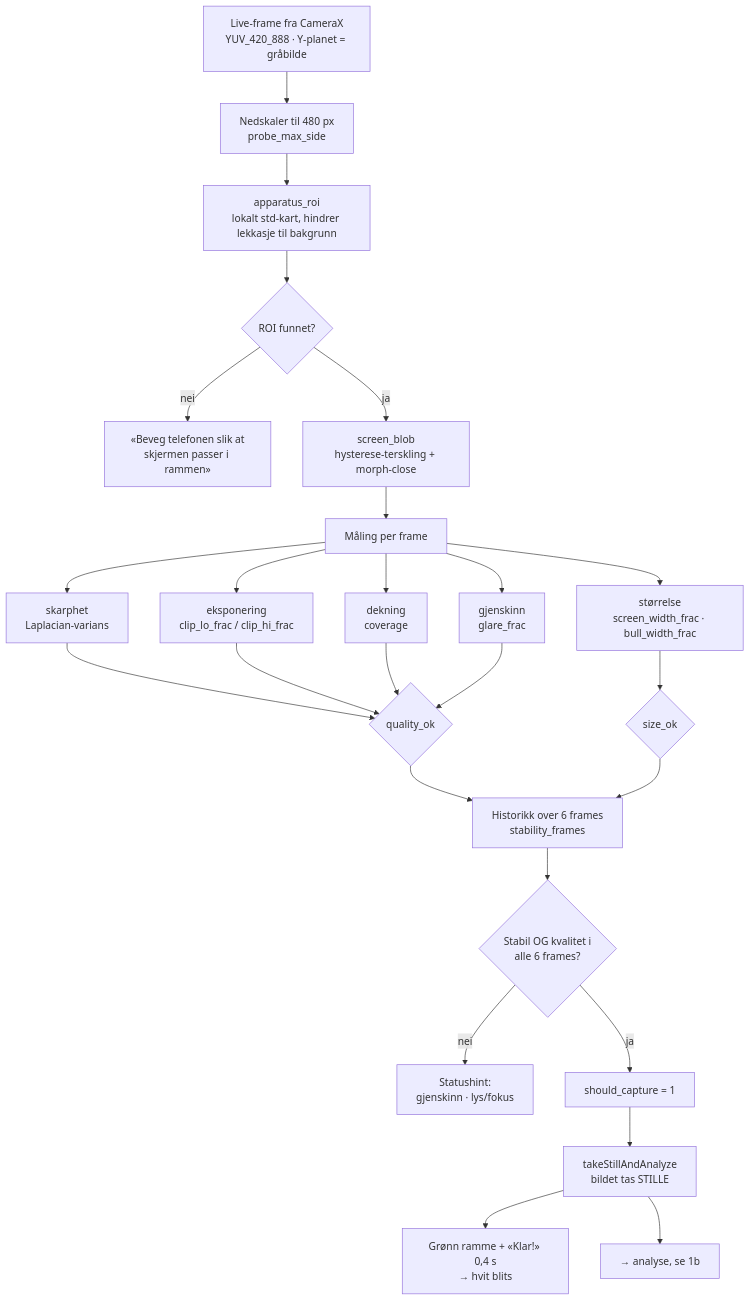
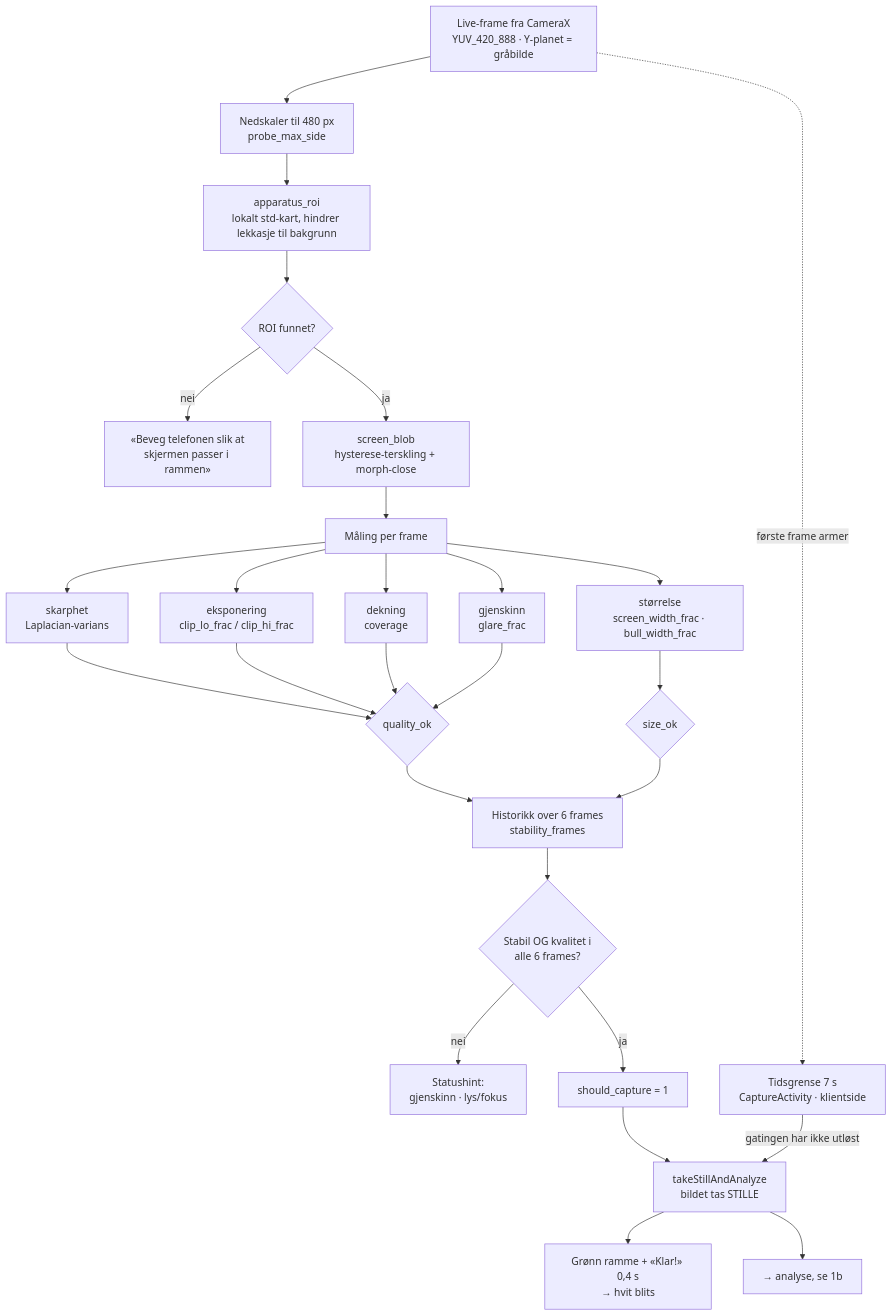
Before and after one commit to mrleenudler/bestefar: the first of 4 diagrams in docs/flytskjema.md, drawn with Mermaid. The commit also changed other lines of this file and 9 other files, not shown here.

````diff
--- a/docs/flytskjema.md
+++ b/docs/flytskjema.md
@@ -24,27 +24,29 @@
 ```mermaid
 flowchart TD
     A["Live-frame fra CameraX<br/>YUV_420_888 · Y-planet = gråbilde"] --> B["Nedskaler til 480 px<br/>probe_max_side"]
     B --> C["apparatus_roi<br/>lokalt std-kart, hindrer lekkasje til bakgrunn"]
     C --> D{"ROI funnet?"}
     D -->|"nei"| T1["«Beveg telefonen slik at<br/>skjermen passer i rammen»"]
     D -->|"ja"| E["screen_blob<br/>hysterese-terskling + morph-close"]
     E --> F["Måling per frame"]
     F --> G1["skarphet<br/>Laplacian-varians"]
     F --> G2["eksponering<br/>clip_lo_frac / clip_hi_frac"]
     F --> G3["dekning<br/>coverage"]
     F --> G4["gjenskinn<br/>glare_frac"]
     F --> G5["størrelse<br/>screen_width_frac · bull_width_frac"]
     G1 --> Q{"quality_ok"}
     G2 --> Q
     G3 --> Q
     G4 --> Q
     G5 --> S{"size_ok"}
     Q --> H["Historikk over 6 frames<br/>stability_frames"]
     S --> H
     H --> I{"Stabil OG kvalitet i<br/>alle 6 frames?"}
     I -->|"nei"| T2["Statushint:<br/>gjenskinn · lys/fokus"]
     I -->|"ja"| J["should_capture = 1"]
     J --> K["takeStillAndAnalyze<br/>bildet tas STILLE"]
     K --> L["Grønn ramme + «Klar!» 0,4 s<br/>→ hvit blits"]
     K --> M["→ analyse, se 1b"]
+    A -.->|"første frame armer"| TO["Tidsgrense 7 s<br/>CaptureActivity · klientside"]
+    TO -->|"gatingen har ikke utløst"| K
 ```
````
